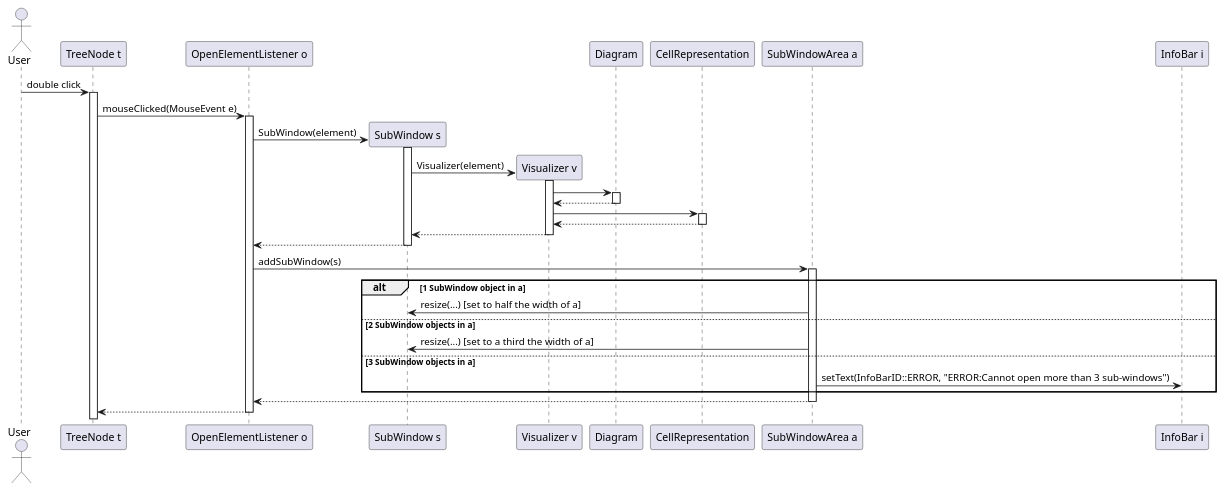
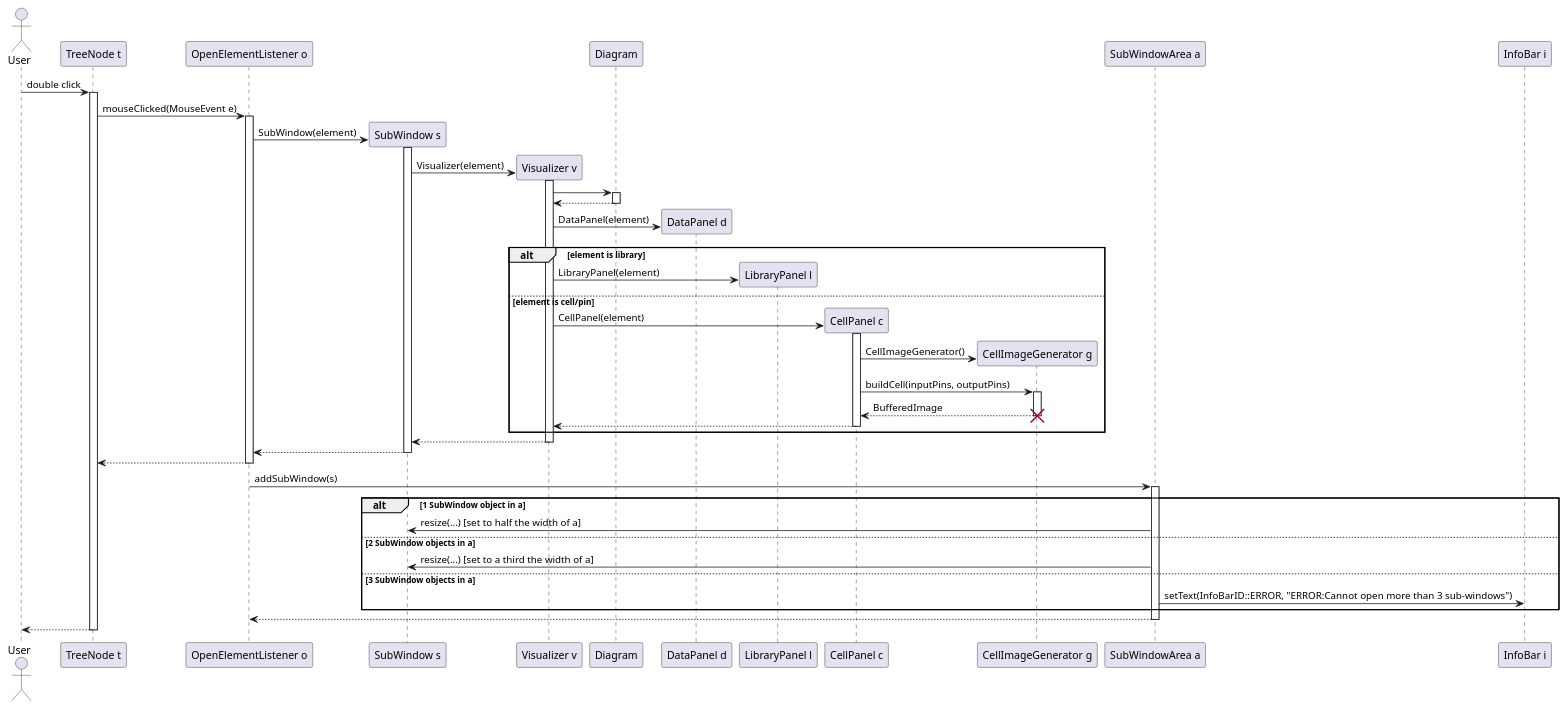
Before and after one commit to AlpTorac/PSE-Report: the diagram in Design Phase/SequenceDiagrams/FR-4.wsd, drawn with PlantUML.

Commit message:
Added representation elements to FR-4 sequence

```diff
--- a/Design Phase/SequenceDiagrams/FR-4.wsd
+++ b/Design Phase/SequenceDiagrams/FR-4.wsd
@@ -1,27 +1,40 @@
 @startuml FR-4
 skinparam responseMessageBelowArrow true
     actor User
     User -> "TreeNode t" ++ : double click
     "TreeNode t" -> "OpenElementListener o" ++ : mouseClicked(MouseEvent e)
     "OpenElementListener o" -> "SubWindow s" ** : SubWindow(element)
     activate "SubWindow s"
     "SubWindow s" -> "Visualizer v" **  : Visualizer(element)
     activate "Visualizer v"
     'TODO generate diagram/cell representation
     "Visualizer v" -> Diagram ++
     return
-    "Visualizer v" -> CellRepresentation ++
+    
+    "Visualizer v" -> "DataPanel d" ** : DataPanel(element)
+    alt element is library
+    "Visualizer v" -> "LibraryPanel l" ** : LibraryPanel(element)
+    else element is cell/pin
+    "Visualizer v" -> "CellPanel c" ** : CellPanel(element)
+    activate "CellPanel c"
+    "CellPanel c" -> "CellImageGenerator g" ** : CellImageGenerator()
+    "CellPanel c" -> "CellImageGenerator g" ++ : buildCell(inputPins, outputPins)
+    return BufferedImage
+    destroy "CellImageGenerator g"
+    return
+    end
     return
     return
     return
+
     "OpenElementListener o" -> "SubWindowArea a" ++ : addSubWindow(s)
     alt 1 SubWindow object in a
     "SubWindowArea a" -> "SubWindow s" : resize(...) [set to half the width of a]
     else 2 SubWindow objects in a
     "SubWindowArea a" -> "SubWindow s" : resize(...) [set to a third the width of a]
     else 3 SubWindow objects in a
     "SubWindowArea a" -> "InfoBar i" : setText(InfoBarID::ERROR, "ERROR:Cannot open more than 3 sub-windows")
     end
     return
     return
 @enduml
```
